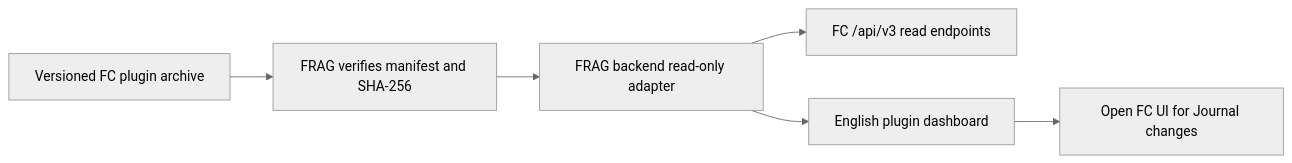
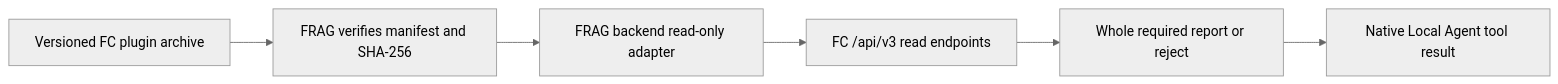
Before and after one commit to O-u-i/Finance-Core: the fourth of 4 diagrams in README.md, drawn with Mermaid (neutral theme). The commit also changed other lines of this file and 45 other files, not shown here.

````diff
--- a/README.md
+++ b/README.md
@@ -75,8 +106,8 @@
 ```mermaid
 flowchart LR
     Archive["Versioned FC plugin archive"] --> Verify["FRAG verifies manifest and SHA-256"]
     Verify --> Adapter["FRAG backend read-only adapter"]
     Adapter --> ReadAPI["FC /api/v3 read endpoints"]
-    Adapter --> UI["English plugin dashboard"]
-    UI --> OwnUI["Open FC UI for Journal changes"]
+    ReadAPI --> Pack["Whole required report or reject"]
+    Pack --> Native["Native Local Agent tool result"]
 ```
````
